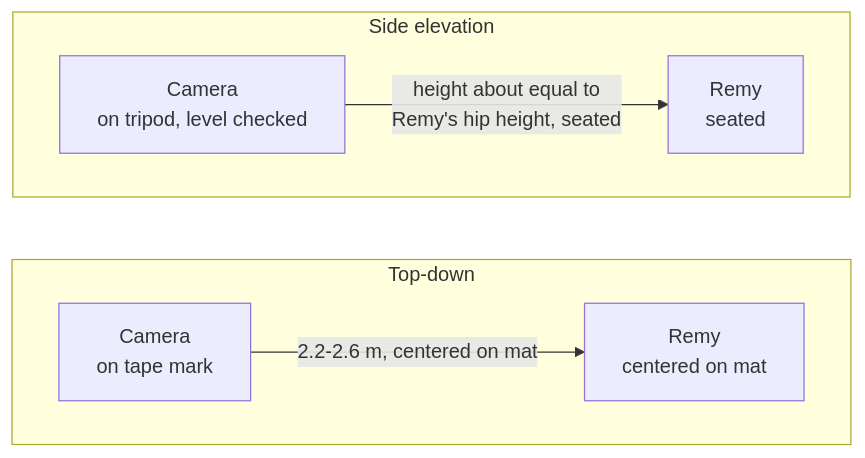
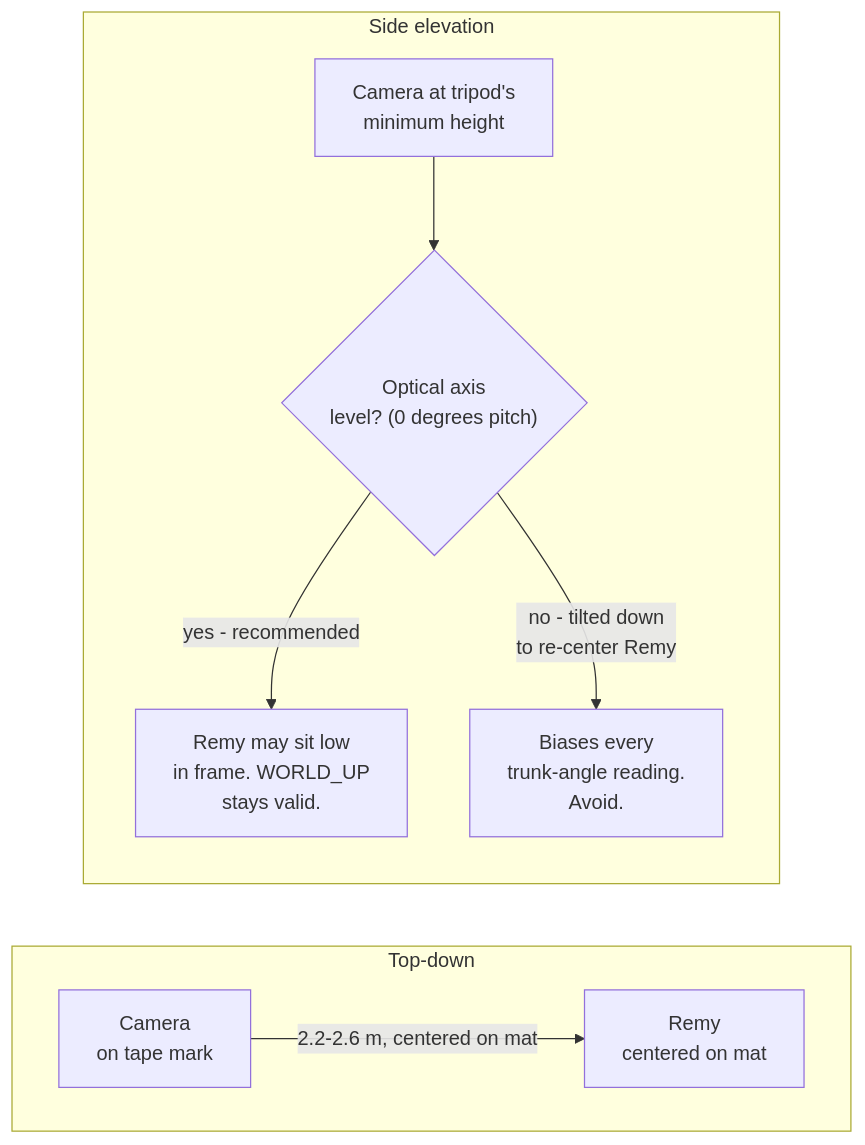
One commit to blasagna/remapy changed the first of 2 diagrams in docs/data-collection-protocol.md. Above: the diagram before and after it, drawn with Mermaid. The commit also changed other lines of this file, not shown here.

First line of the commit message:
Rework §3 camera guidance and drop section numbering from the protocol

````diff
--- a/docs/data-collection-protocol.md
+++ b/docs/data-collection-protocol.md
@@ -66,11 +68,13 @@
 ```mermaid
 flowchart LR
     subgraph TopDown [Top-down]
         direction LR
         C1["Camera<br/>on tape mark"] -->|"2.2-2.6 m, centered on mat"| K1["Remy<br/>centered on mat"]
     end
     subgraph SideElevation [Side elevation]
-        direction LR
-        C2["Camera<br/>on tripod, level checked"] -->|"height about equal to<br/>Remy's hip height, seated"| K2["Remy<br/>seated"]
+        direction TB
+        C2["Camera at tripod's<br/>minimum height"] --> D{"Optical axis<br/>level? (0 degrees pitch)"}
+        D -->|"yes - recommended"| K2["Remy may sit low<br/>in frame. WORLD_UP<br/>stays valid."]
+        D -->|"no - tilted down<br/>to re-center Remy"| K3["Biases every<br/>trunk-angle reading.<br/>Avoid."]
     end
 ```
````
